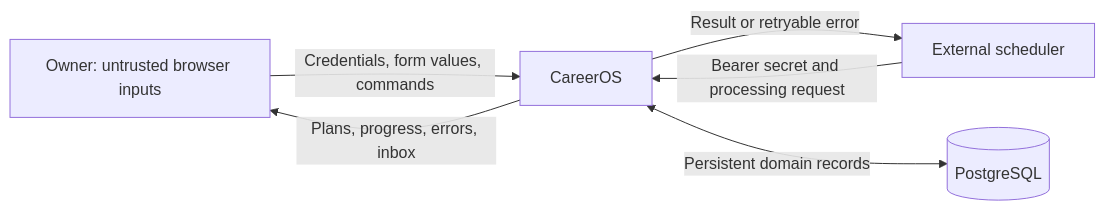
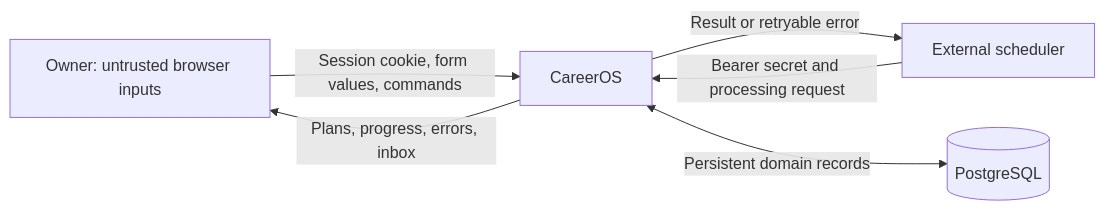
Before and after one commit to Shams261/CareerOs: the first of 10 diagrams in docs/architecture/data-flows.md, drawn with Mermaid. The commit also changed other lines of this file and 19 other files, not shown here.

````diff
--- a/docs/architecture/data-flows.md
+++ b/docs/architecture/data-flows.md
@@ -5,8 +5,8 @@
 ```mermaid
 flowchart LR
-  U[Owner: untrusted browser inputs] -->|Credentials, form values, commands| P[CareerOS]
+  U[Owner: untrusted browser inputs] -->|Session cookie, form values, commands| P[CareerOS]
   P -->|Plans, progress, errors, inbox| U
   C[External scheduler] -->|Bearer secret and processing request| P
   P -->|Result or retryable error| C
   P <-->|Persistent domain records| D[(PostgreSQL)]
 ```
````
